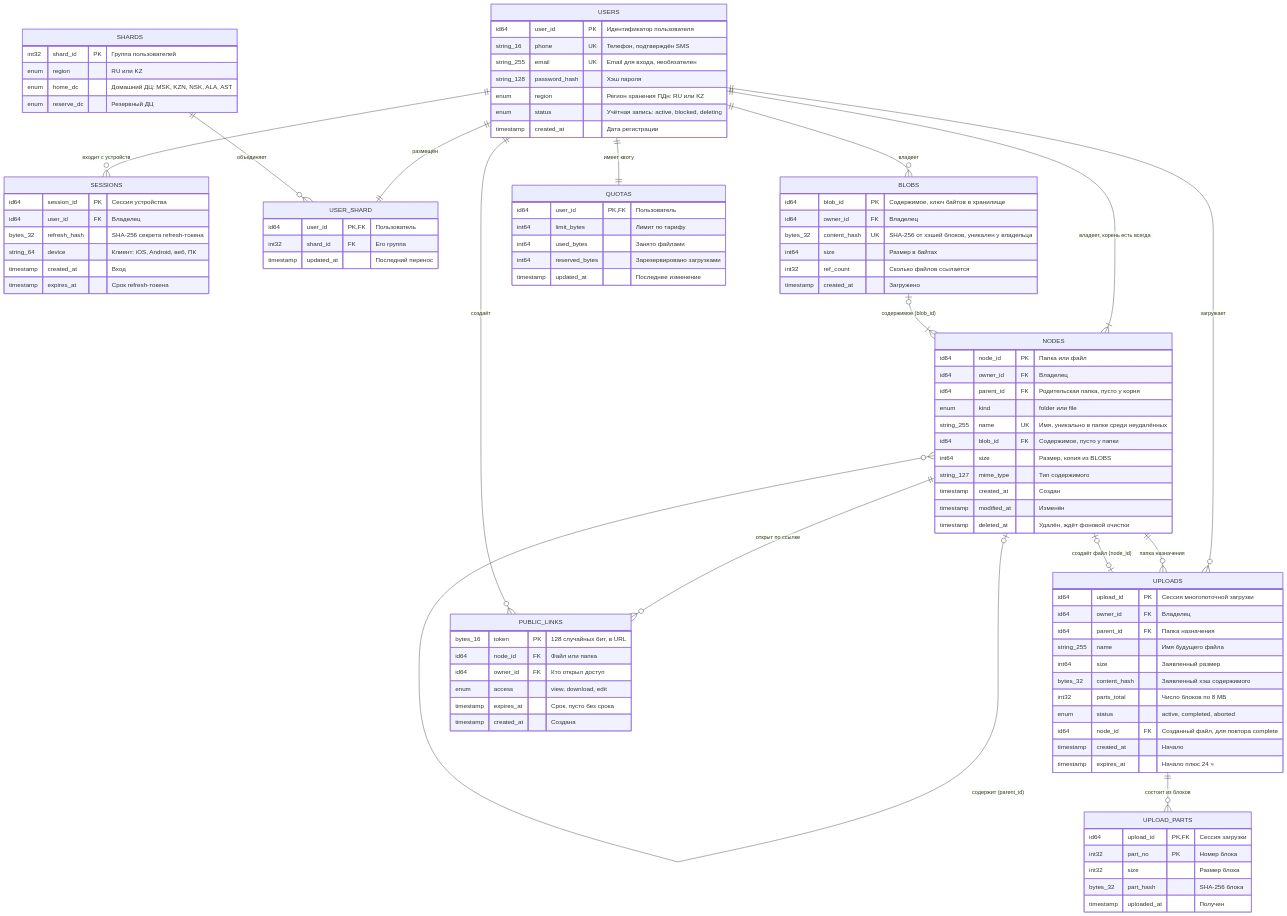
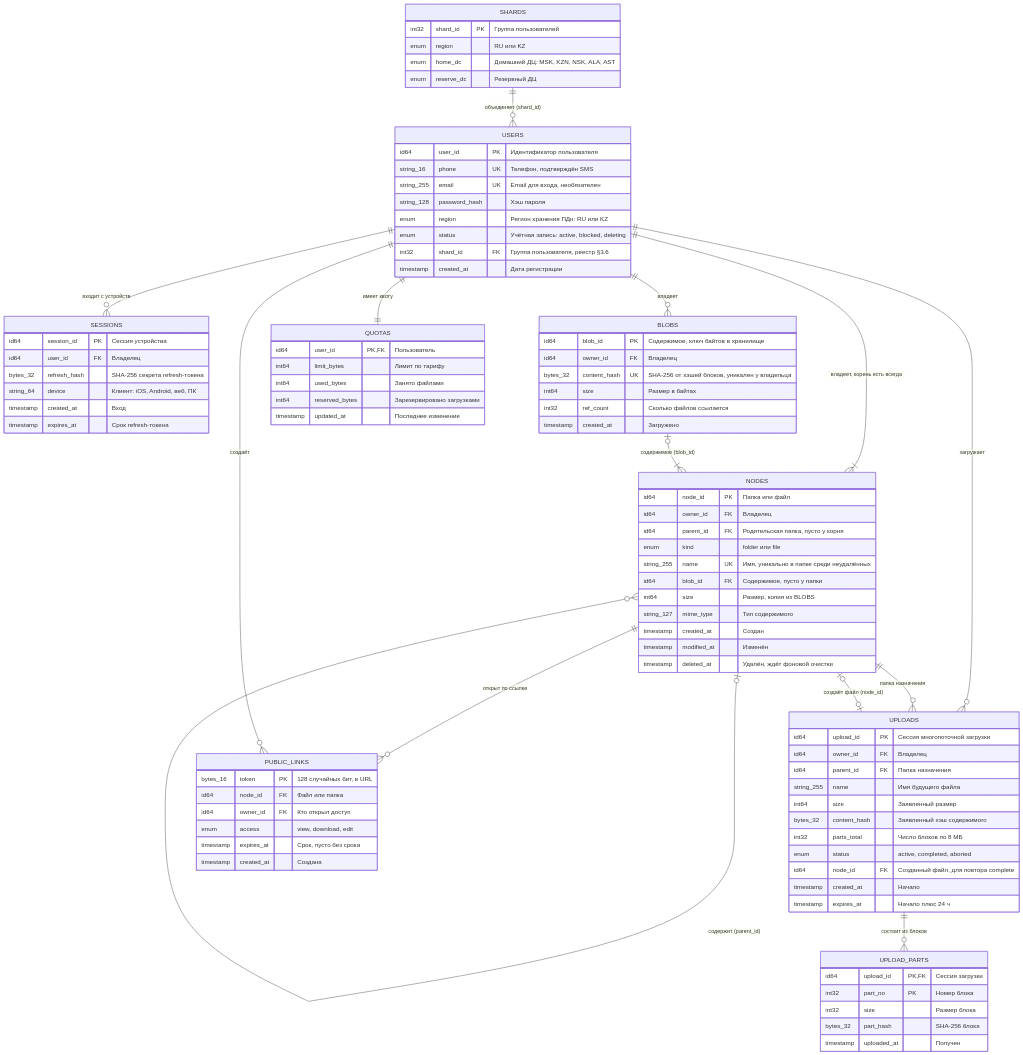
The second of 2 diagrams in README.md (mofyart/highload_technopark), drawn with Mermaid before and after one commit. The commit also changed other lines of this file, not shown here.

```diff
--- a/README.md
+++ b/README.md
@@ -494,6 +494,7 @@
         string_128 password_hash "Хэш пароля"
         enum region "Регион хранения ПДн: RU или KZ"
         enum status "Учётная запись: active, blocked, deleting"
+        int32 shard_id FK "Группа пользователя, реестр §3.6"
         timestamp created_at "Дата регистрации"
     }
 
@@ -511,12 +512,6 @@
         enum region "RU или KZ"
         enum home_dc "Домашний ДЦ: MSK, KZN, NSK, ALA, AST"
         enum reserve_dc "Резервный ДЦ"
-    }
-
-    USER_SHARD {
-        id64 user_id PK, FK "Пользователь"
-        int32 shard_id FK "Его группа"
-        timestamp updated_at "Последний перенос"
     }
 
     NODES {
@@ -582,8 +577,7 @@
     }
 
     USERS ||--o{ SESSIONS : "входит с устройств"
-    USERS ||--|| USER_SHARD : "размещён"
-    SHARDS ||--o{ USER_SHARD : "объединяет"
+    SHARDS ||--o{ USERS : "объединяет (shard_id)"
     USERS ||--|| QUOTAS : "имеет квоту"
 
     USERS ||--|{ NODES : "владеет, корень есть всегда"
```
